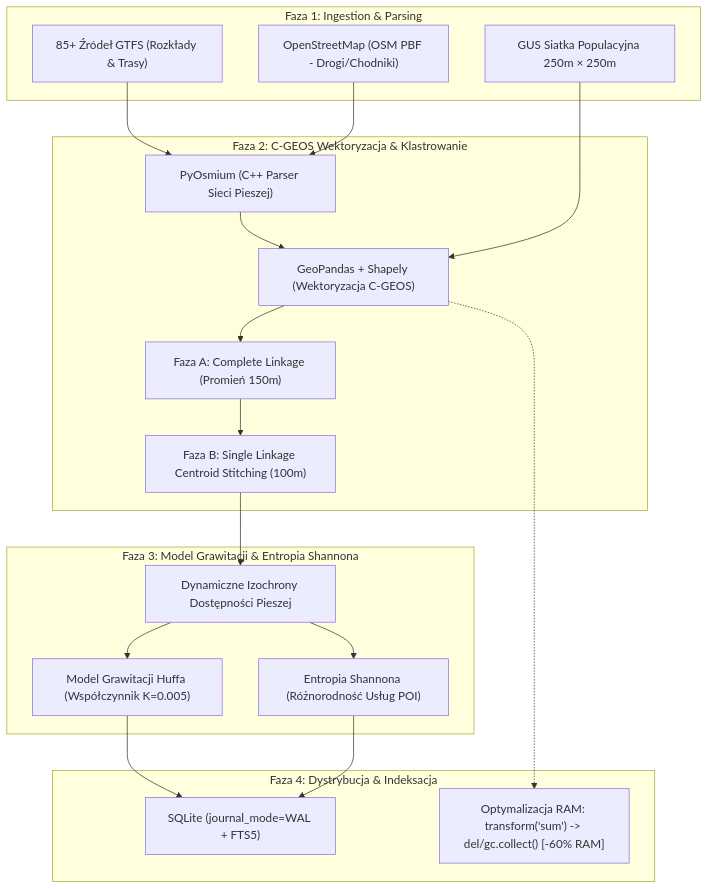
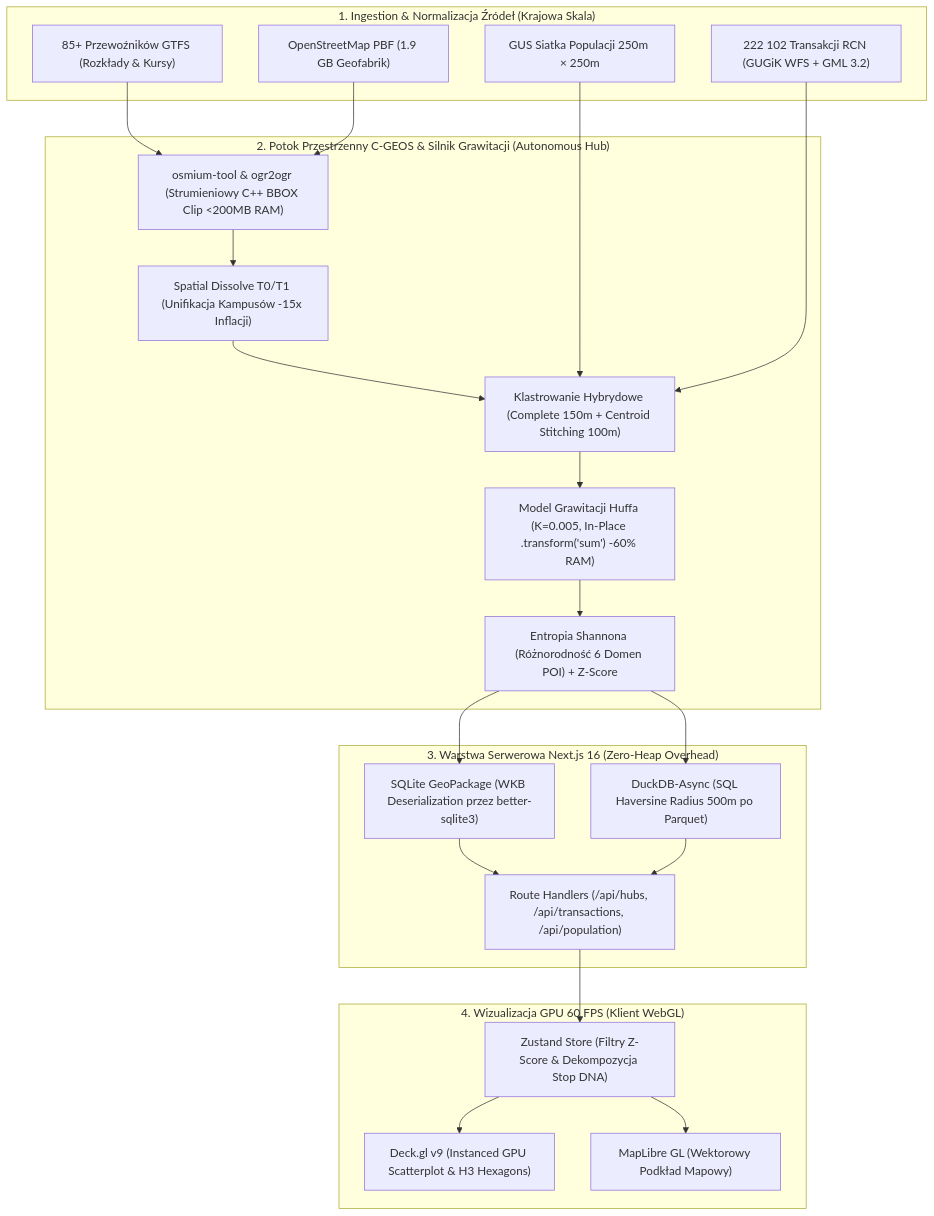
The first of 2 diagrams in README.md (Gzyms69/busos), drawn with Mermaid before and after one commit.

Commit message:
docs(architecture): modernize Mermaid architecture diagram

````diff
--- a/README.md
+++ b/README.md
@@ -67,32 +67,34 @@
 ```mermaid
 flowchart TD
-    subgraph Ingestion["Faza 1: Ingestion & Parsing"]
-        GTFS["85+ Źródeł GTFS (Rozkłady & Trasy)"]
-        OSM["OpenStreetMap (OSM PBF - Drogi/Chodniki)"]
-        GUS["GUS Siatka Populacyjna 250m × 250m"]
+    subgraph Ingestion["1. Ingestion & Normalizacja Źródeł (Krajowa Skala)"]
+        GTFS["85+ Przewoźników GTFS (Rozkłady & Kursy)"]
+        OSM["OpenStreetMap PBF (1.9 GB Geofabrik)"]
+        GUS["GUS Siatka Populacji 250m × 250m"]
+        RCN["222 102 Transakcji RCN (GUGiK WFS + GML 3.2)"]
     end
 
-    subgraph Spatial_Processing["Faza 2: C-GEOS Wektoryzacja & Klastrowanie"]
-        Osmium["PyOsmium (C++ Parser Sieci Pieszej)"]
-        GeoP["GeoPandas + Shapely (Wektoryzacja C-GEOS)"]
-        ClusterA["Faza A: Complete Linkage (Promień 150m)"]
-        ClusterB["Faza B: Single Linkage Centroid Stitching (100m)"]
+    subgraph Spatial_Core["2. Potok Przestrzenny C-GEOS & Silnik Grawitacji (Autonomous Hub)"]
+        Osmium["osmium-tool & ogr2ogr (Strumieniowy C++ BBOX Clip <200MB RAM)"]
+        Dissolve["Spatial Dissolve T0/T1 (Unifikacja Kampusów -15x Inflacji)"]
+        Cluster["Klastrowanie Hybrydowe (Complete 150m + Centroid Stitching 100m)"]
+        Huff["Model Grawitacji Huffa (K=0.005, In-Place .transform('sum') -60% RAM)"]
+        Shannon["Entropia Shannona (Różnorodność 6 Domen POI) + Z-Score"]
     end
 
-    subgraph Mathematical_Model["Faza 3: Model Grawitacji & Entropia Shannona"]
-        Isochrones["Dynamiczne Izochrony Dostępności Pieszej"]
-        Huff["Model Grawitacji Huffa (Współczynnik K=0.005)"]
-        Shannon["Entropia Shannona (Różnorodność Usług POI)"]
+    subgraph Serving["3. Warstwa Serwerowa Next.js 16 (Zero-Heap Overhead)"]
+        GPKG["SQLite GeoPackage (WKB Deserialization przez better-sqlite3)"]
+        DuckDB["DuckDB-Async (SQL Haversine Radius 500m po Parquet)"]
+        API["Route Handlers (/api/hubs, /api/transactions, /api/population)"]
     end
 
-    subgraph Storage["Faza 4: Dystrybucja & Indeksacja"]
-        SQLite["SQLite (journal_mode=WAL + FTS5)"]
-        RAM_Opt["Optymalizacja RAM: transform('sum') -> del/gc.collect() [-60% RAM]"]
+    subgraph Presentation["4. Wizualizacja GPU 60 FPS (Klient WebGL)"]
+        DeckGL["Deck.gl v9 (Instanced GPU Scatterplot & H3 Hexagons)"]
+        MapLibre["MapLibre GL (Wektorowy Podkład Mapowy)"]
+        Store["Zustand Store (Filtry Z-Score & Dekompozycja Stop DNA)"]
     end
 
-    GTFS & OSM --> Osmium --> GeoP
-    GUS --> GeoP
-    GeoP --> ClusterA --> ClusterB --> Isochrones
-    Isochrones --> Huff & Shannon --> SQLite
-    GeoP -.-> RAM_Opt
+    GTFS & OSM --> Osmium --> Dissolve --> Cluster --> Huff --> Shannon
+    GUS & RCN --> Cluster
+    Shannon --> GPKG & DuckDB
+    GPKG & DuckDB --> API --> Store --> DeckGL & MapLibre
 ```
````
